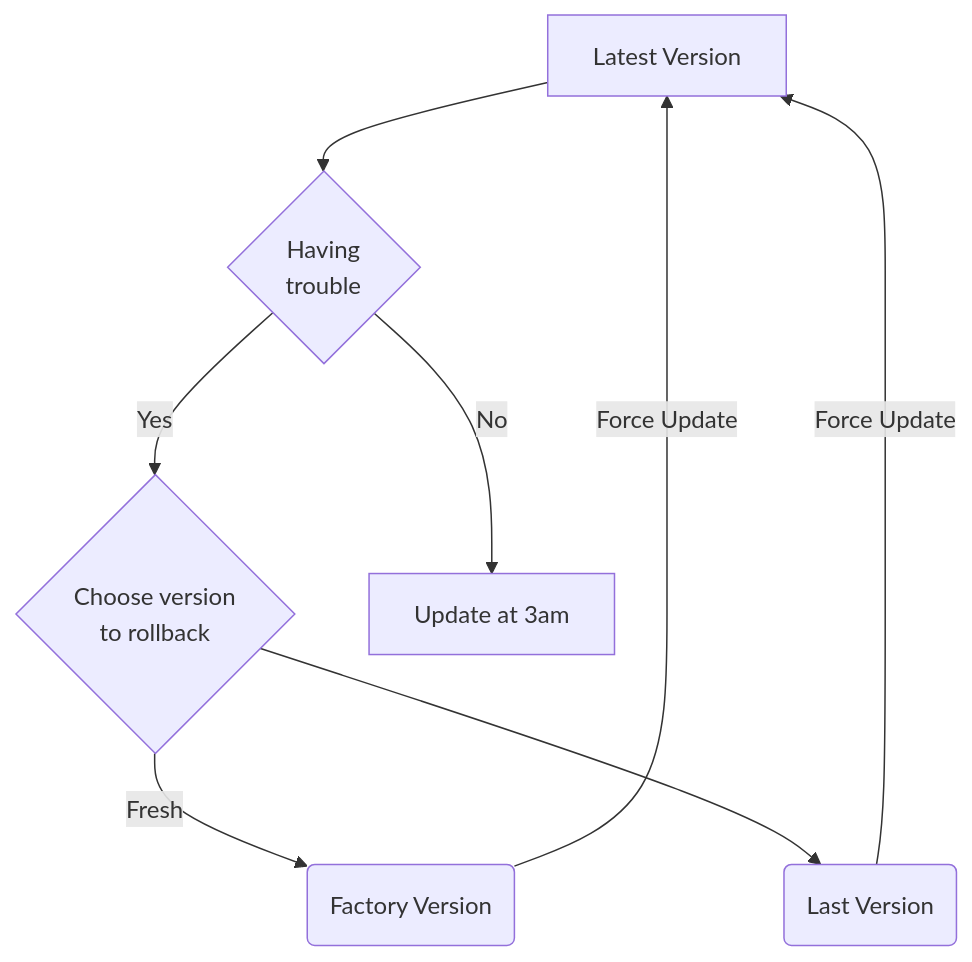
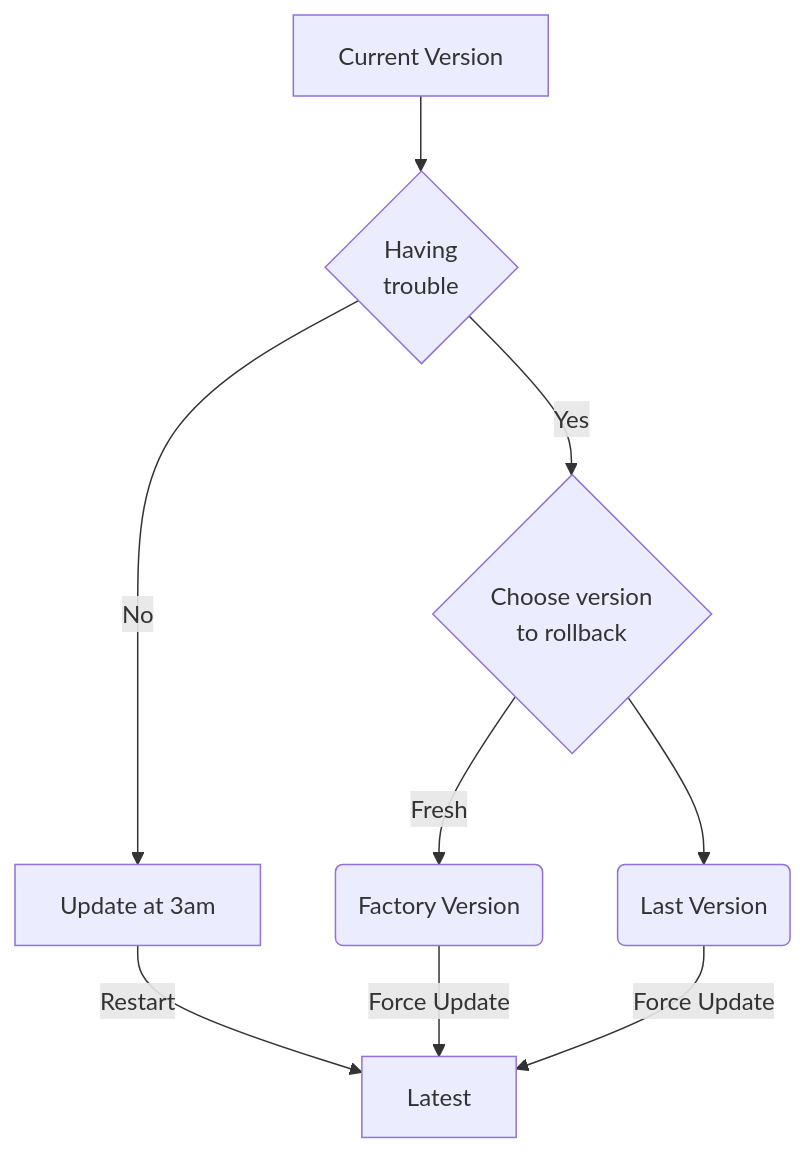
One commit to Feral-File/feralfile-device changed the second of 2 diagrams in components/feral-setupd/README.md. Above: the diagram before and after it, drawn with Mermaid. The commit also changed other lines of this file, not shown here.

Commit message:
[setupd] fix the diagram a little

````diff
--- a/components/feral-setupd/README.md
+++ b/components/feral-setupd/README.md
@@ -29,13 +30,15 @@
 ```mermaid
 flowchart TD
-    Latest[Latest Version] --> Trouble{Having<br/>trouble}
+    Current[Current Version] --> Trouble{Having<br/>trouble}
 
     Trouble --> |Yes| Rollback{Choose version<br/>to rollback}
     Trouble --> |No| Update[Update at 3am]
+
+    Update --> |Restart| Latest
 
     Rollback --> |Fresh| FactoryVersion(Factory Version)
     Rollback --> LastVersion(Last Version)
 
     FactoryVersion --> |Force Update| Latest
     LastVersion --> |Force Update| Latest
 ```
````
